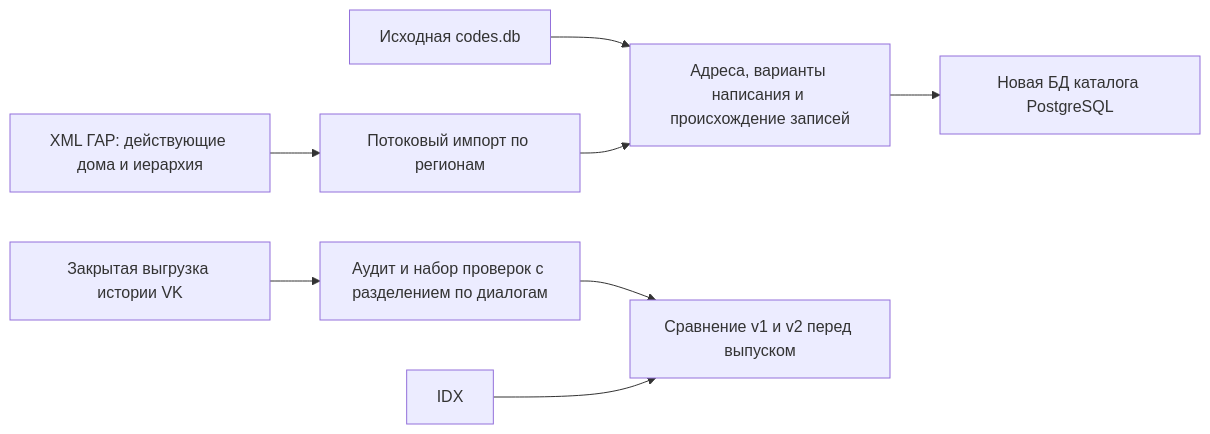
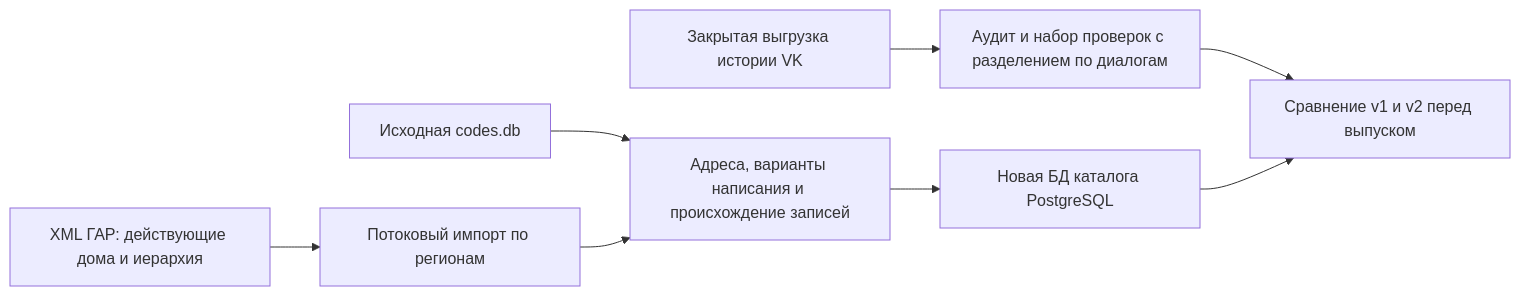
Before and after one commit to omkality/domofomka: the fifth of 5 diagrams in README.md, drawn with Mermaid. The commit also changed other lines of this file and 4 other files, not shown here.

````diff
--- a/README.md
+++ b/README.md
@@ -82,10 +82,10 @@
 ```mermaid
 flowchart LR
     GAR[XML ГАР: действующие дома и иерархия] --> IMP[Потоковый импорт по регионам]
     OLD[Исходная codes.db] --> N[Адреса, варианты написания и происхождение записей]
     IMP --> N
     N --> CAT[Новая БД каталога PostgreSQL]
     HISTORY[Закрытая выгрузка истории VK] --> AUDIT[Аудит и набор проверок с разделением по диалогам]
     AUDIT --> TEST[Сравнение v1 и v2 перед выпуском]
-    IDX --> TEST
+    CAT --> TEST
 ```
````
